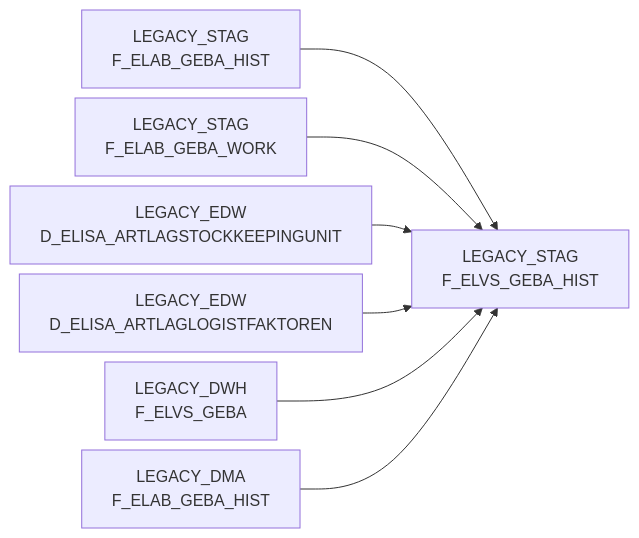
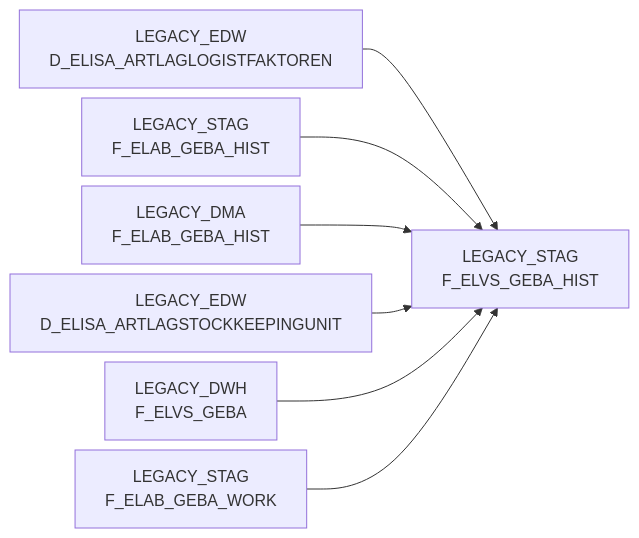
One commit to integration-factory-de/sas_code_docs changed the diagram in docs/Tables/LEGACY_STAG/F_ELVS_GEBA_HIST.md. Above: the diagram before and after it, drawn with Mermaid. The commit also changed other lines of this file and 129 other files, not shown here.

````diff
--- a/docs/Tables/LEGACY_STAG/F_ELVS_GEBA_HIST.md
+++ b/docs/Tables/LEGACY_STAG/F_ELVS_GEBA_HIST.md
@@ -9,24 +15,24 @@
 ```mermaid
 %%{init: {'flowchart': { 'nodeSpacing': 10, 'rankSpacing': 40, 'rankdir': 'TB' }}}%%
 
 flowchart LR
 
+  LEGACY_EDW.D_ELISA_ARTLAGLOGISTFAKTOREN["LEGACY_EDW<br/>D_ELISA_ARTLAGLOGISTFAKTOREN"] --> LEGACY_STAG.F_ELVS_GEBA_HIST["LEGACY_STAG<br/>F_ELVS_GEBA_HIST"]
   LEGACY_STAG.F_ELAB_GEBA_HIST["LEGACY_STAG<br/>F_ELAB_GEBA_HIST"] --> LEGACY_STAG.F_ELVS_GEBA_HIST["LEGACY_STAG<br/>F_ELVS_GEBA_HIST"]
+  LEGACY_DMA.F_ELAB_GEBA_HIST["LEGACY_DMA<br/>F_ELAB_GEBA_HIST"] --> LEGACY_STAG.F_ELVS_GEBA_HIST["LEGACY_STAG<br/>F_ELVS_GEBA_HIST"]
+  LEGACY_EDW.D_ELISA_ARTLAGSTOCKKEEPINGUNIT["LEGACY_EDW<br/>D_ELISA_ARTLAGSTOCKKEEPINGUNIT"] --> LEGACY_STAG.F_ELVS_GEBA_HIST["LEGACY_STAG<br/>F_ELVS_GEBA_HIST"]
+  LEGACY_DWH.F_ELVS_GEBA["LEGACY_DWH<br/>F_ELVS_GEBA"] --> LEGACY_STAG.F_ELVS_GEBA_HIST["LEGACY_STAG<br/>F_ELVS_GEBA_HIST"]
   LEGACY_STAG.F_ELAB_GEBA_WORK["LEGACY_STAG<br/>F_ELAB_GEBA_WORK"] --> LEGACY_STAG.F_ELVS_GEBA_HIST["LEGACY_STAG<br/>F_ELVS_GEBA_HIST"]
-  LEGACY_EDW.D_ELISA_ARTLAGSTOCKKEEPINGUNIT["LEGACY_EDW<br/>D_ELISA_ARTLAGSTOCKKEEPINGUNIT"] --> LEGACY_STAG.F_ELVS_GEBA_HIST["LEGACY_STAG<br/>F_ELVS_GEBA_HIST"]
-  LEGACY_EDW.D_ELISA_ARTLAGLOGISTFAKTOREN["LEGACY_EDW<br/>D_ELISA_ARTLAGLOGISTFAKTOREN"] --> LEGACY_STAG.F_ELVS_GEBA_HIST["LEGACY_STAG<br/>F_ELVS_GEBA_HIST"]
-  LEGACY_DWH.F_ELVS_GEBA["LEGACY_DWH<br/>F_ELVS_GEBA"] --> LEGACY_STAG.F_ELVS_GEBA_HIST["LEGACY_STAG<br/>F_ELVS_GEBA_HIST"]
-  LEGACY_DMA.F_ELAB_GEBA_HIST["LEGACY_DMA<br/>F_ELAB_GEBA_HIST"] --> LEGACY_STAG.F_ELVS_GEBA_HIST["LEGACY_STAG<br/>F_ELVS_GEBA_HIST"]
+  click LEGACY_EDW.D_ELISA_ARTLAGLOGISTFAKTOREN "../../tables/LEGACY_EDW/D_ELISA_ARTLAGLOGISTFAKTOREN"
   click LEGACY_STAG.F_ELAB_GEBA_HIST "../../tables/LEGACY_STAG/F_ELAB_GEBA_HIST"
+  click LEGACY_DMA.F_ELAB_GEBA_HIST "../../tables/LEGACY_DMA/F_ELAB_GEBA_HIST"
+  click LEGACY_EDW.D_ELISA_ARTLAGSTOCKKEEPINGUNIT "../../tables/LEGACY_EDW/D_ELISA_ARTLAGSTOCKKEEPINGUNIT"
+  click LEGACY_DWH.F_ELVS_GEBA "../../tables/LEGACY_DWH/F_ELVS_GEBA"
   click LEGACY_STAG.F_ELAB_GEBA_WORK "../../tables/LEGACY_STAG/F_ELAB_GEBA_WORK"
-  click LEGACY_EDW.D_ELISA_ARTLAGSTOCKKEEPINGUNIT "../../tables/LEGACY_EDW/D_ELISA_ARTLAGSTOCKKEEPINGUNIT"
-  click LEGACY_EDW.D_ELISA_ARTLAGLOGISTFAKTOREN "../../tables/LEGACY_EDW/D_ELISA_ARTLAGLOGISTFAKTOREN"
-  click LEGACY_DWH.F_ELVS_GEBA "../../tables/LEGACY_DWH/F_ELVS_GEBA"
-  click LEGACY_DMA.F_ELAB_GEBA_HIST "../../tables/LEGACY_DMA/F_ELAB_GEBA_HIST"
   click LEGACY_STAG.F_ELVS_GEBA_HIST "../../tables/LEGACY_STAG/F_ELVS_GEBA_HIST"
   click LEGACY_STAG.F_ELVS_GEBA_HIST "../../tables/LEGACY_STAG/F_ELVS_GEBA_HIST"
   click LEGACY_STAG.F_ELVS_GEBA_HIST "../../tables/LEGACY_STAG/F_ELVS_GEBA_HIST"
   click LEGACY_STAG.F_ELVS_GEBA_HIST "../../tables/LEGACY_STAG/F_ELVS_GEBA_HIST"
   click LEGACY_STAG.F_ELVS_GEBA_HIST "../../tables/LEGACY_STAG/F_ELVS_GEBA_HIST"
   click LEGACY_STAG.F_ELVS_GEBA_HIST "../../tables/LEGACY_STAG/F_ELVS_GEBA_HIST"
 ```
````
